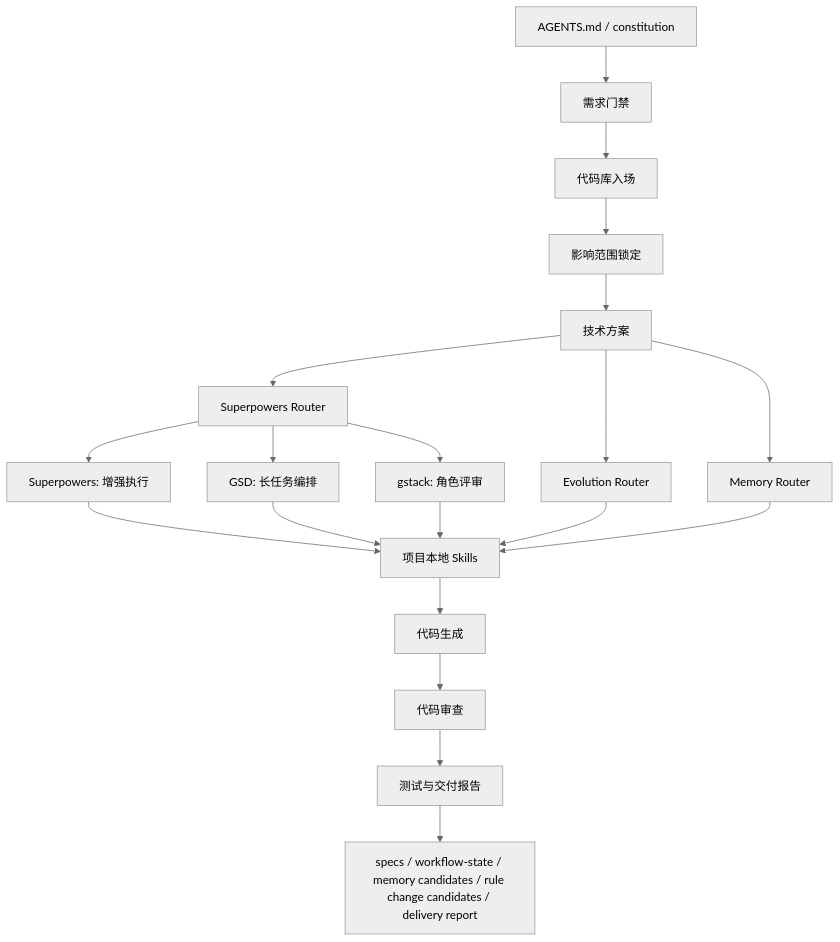
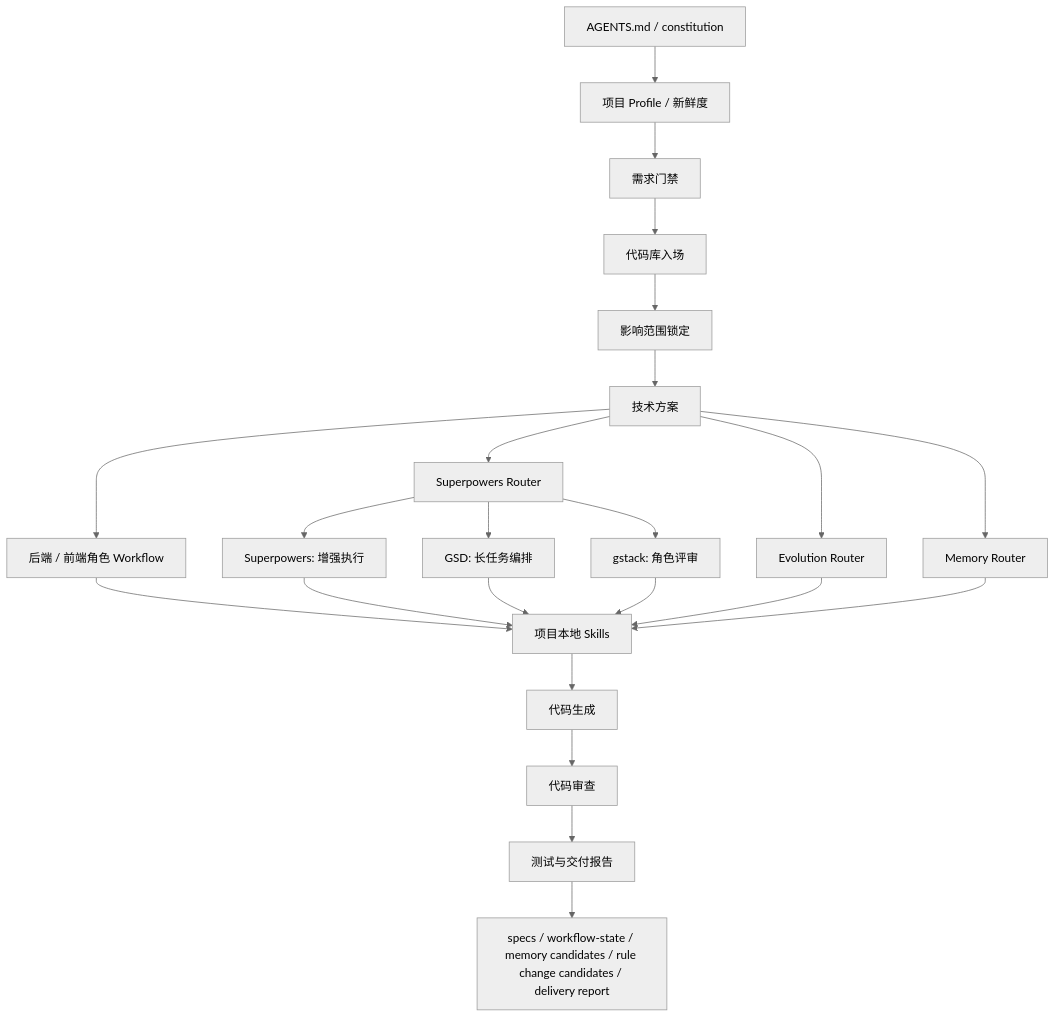
One commit to iizhan/workflow-skills changed the diagram in README.zh-CN.md. Above: the diagram before and after it, drawn with Mermaid (neutral theme). The commit also changed other lines of this file and 86 other files, not shown here.

````diff
--- a/README.zh-CN.md
+++ b/README.zh-CN.md
@@ -86,22 +86,25 @@
 ```mermaid
 flowchart TD
-  A["AGENTS.md / constitution"] --> B["需求门禁"]
+  A["AGENTS.md / constitution"] --> P["项目 Profile / 新鲜度"]
+  P --> B["需求门禁"]
   B --> C["代码库入场"]
   C --> D["影响范围锁定"]
   D --> E["技术方案"]
+  E --> W["后端 / 前端角色 Workflow"]
   E --> F["Superpowers Router"]
   F --> G["Superpowers: 增强执行"]
   F --> H["GSD: 长任务编排"]
   F --> I["gstack: 角色评审"]
   E --> R["Memory Router"]
   E --> Q["Evolution Router"]
-  G --> J["项目本地 Skills"]
+  W --> J["项目本地 Skills"]
+  G --> J
   H --> J
   I --> J
   Q --> J
   R --> J
   J --> K["代码生成"]
   K --> L["代码审查"]
   L --> M["测试与交付报告"]
   M --> N["specs / workflow-state / memory candidates / rule change candidates / delivery report"]
 ```
````
